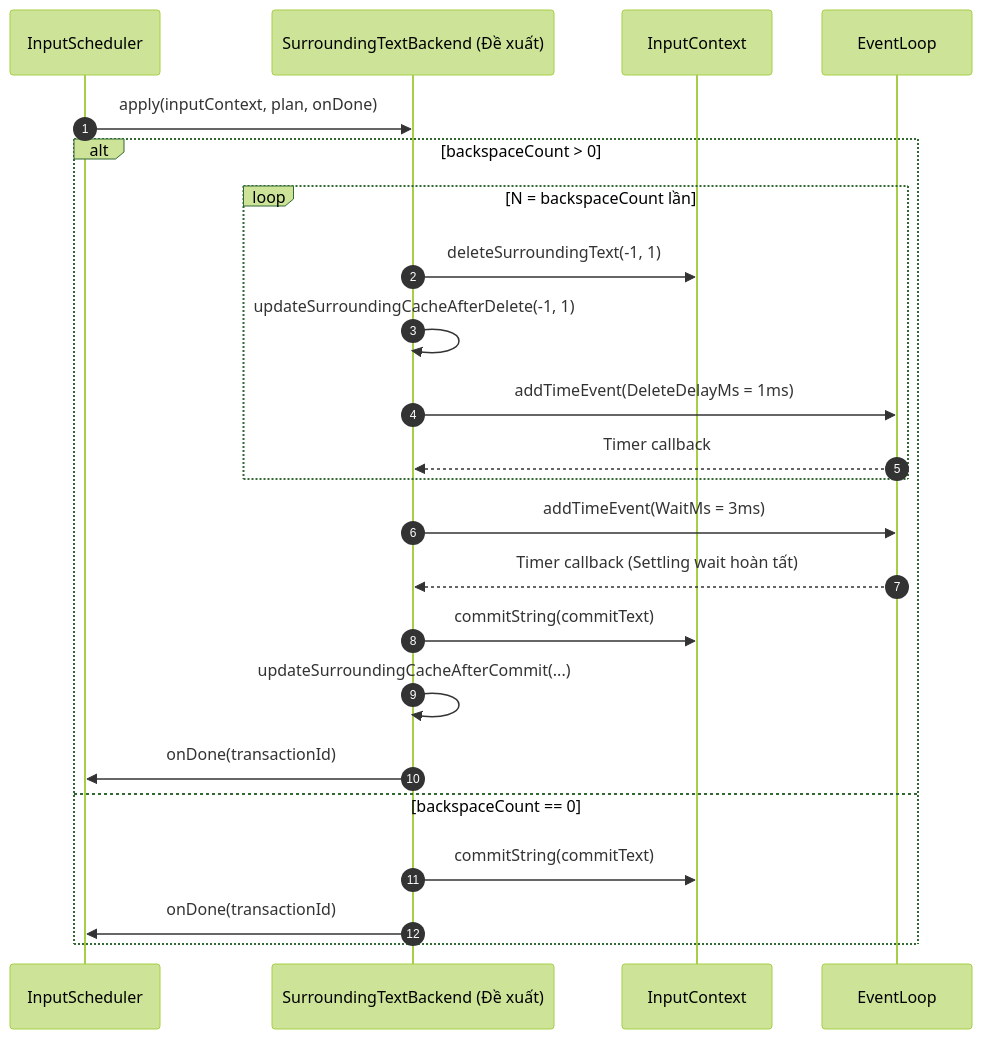
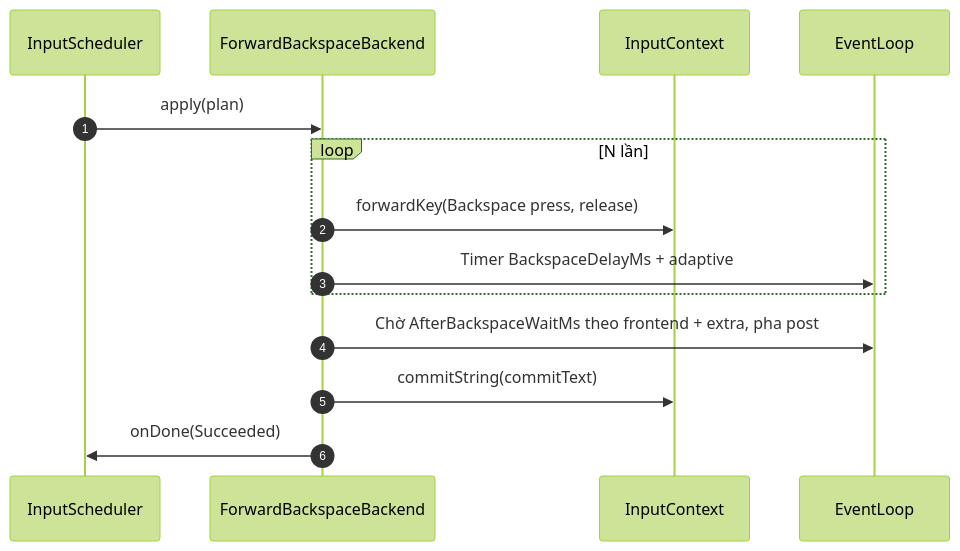
One commit to xhkzeroone/ArecaIME changed the seventh of 7 diagrams in docs/ARECA_ARCHITECTURE_SPECIFICATION.md. Above: the diagram before and after it, drawn with Mermaid (forest theme). The commit also changed other lines of this file and 5 other files, not shown here.

````diff
--- a/docs/ARECA_ARCHITECTURE_SPECIFICATION.md
+++ b/docs/ARECA_ARCHITECTURE_SPECIFICATION.md
@@ -325,28 +315,17 @@
 ```mermaid
 sequenceDiagram
     autonumber
     participant S as InputScheduler
-    participant B as SurroundingTextBackend (Đề xuất)
+    participant B as ForwardBackspaceBackend
     participant IC as InputContext
     participant EL as EventLoop
 
-    S->>B: apply(inputContext, plan, onDone)
-    
-    alt backspaceCount > 0
-        loop N = backspaceCount lần
-            B->>IC: deleteSurroundingText(-1, 1)
-            B->>B: updateSurroundingCacheAfterDelete(-1, 1)
-            B->>EL: addTimeEvent(DeleteDelayMs = 1ms)
-            EL-->>B: Timer callback
-        end
-        
-        B->>EL: addTimeEvent(WaitMs = 3ms)
-        EL-->>B: Timer callback (Settling wait hoàn tất)
-        B->>IC: commitString(commitText)
-        B->>B: updateSurroundingCacheAfterCommit(...)
-        B->>S: onDone(transactionId)
-    else backspaceCount == 0
-        B->>IC: commitString(commitText)
-        B->>S: onDone(transactionId)
+    S->>B: apply(plan)
+    loop N lần
+        B->>IC: forwardKey(Backspace press, release)
+        B->>EL: Timer BackspaceDelayMs + adaptive
     end
+    B->>EL: Chờ AfterBackspaceWaitMs theo frontend + extra, pha post
+    B->>IC: commitString(commitText)
+    B->>S: onDone(Succeeded)
 ```
````
